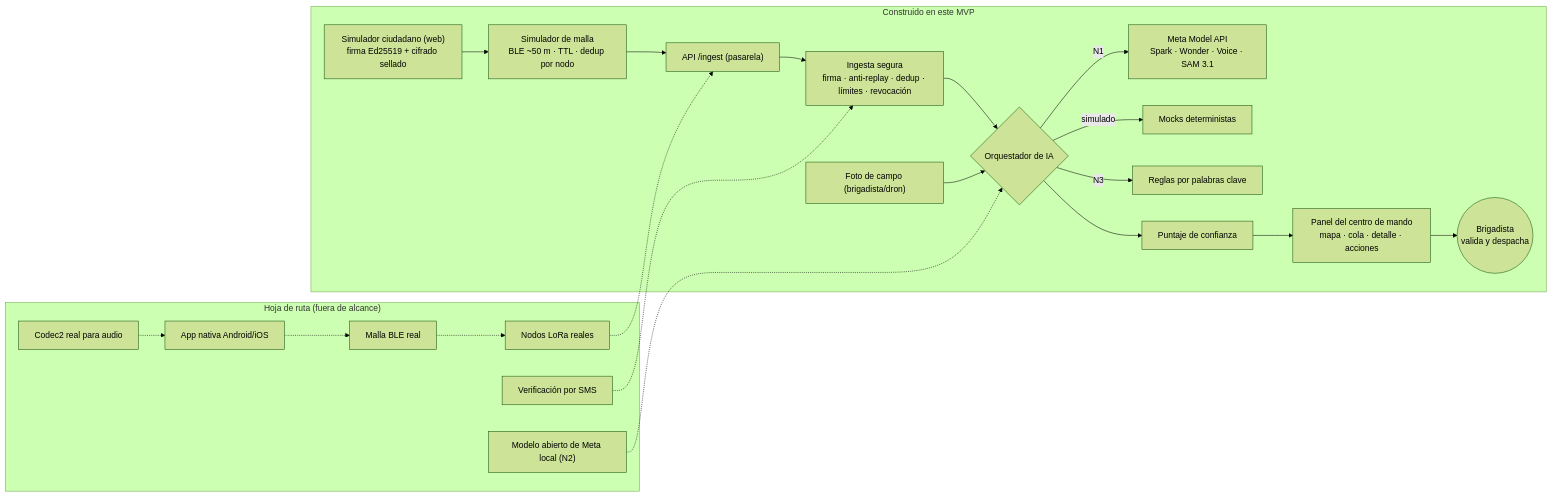
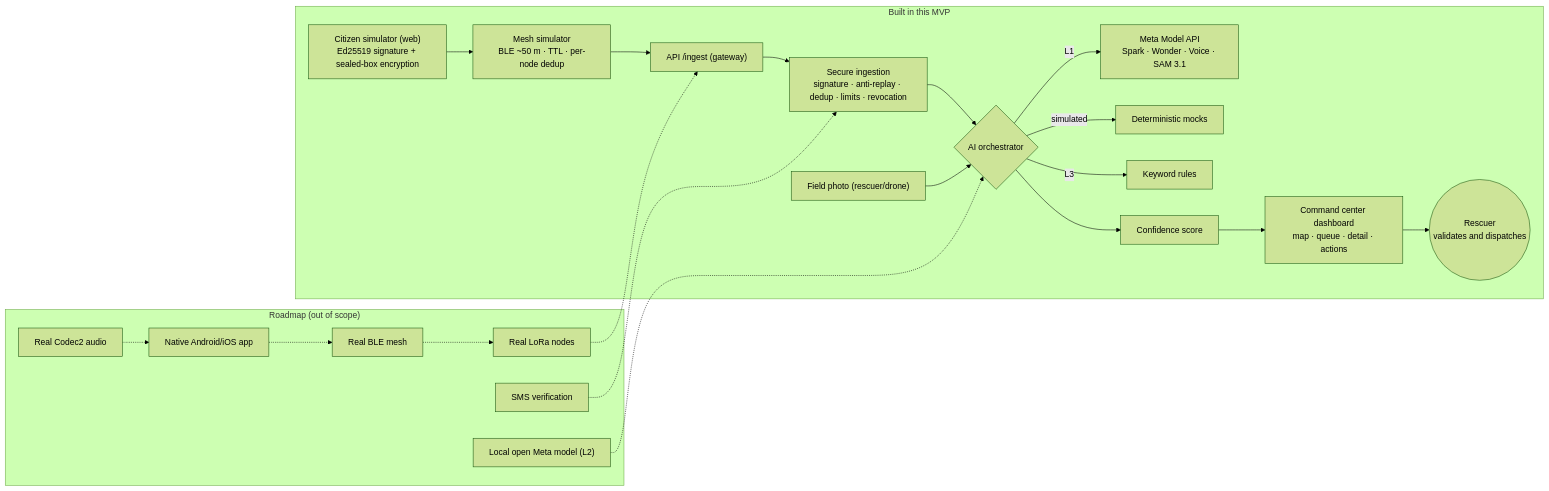
One commit to ngcddev/SOLARIS changed the diagram in README.md. Above: the diagram before and after it, drawn with Mermaid (forest theme). The commit also changed other lines of this file and 46 other files, not shown here.

Commit message:
chore: English everywhere (docs, UI, code strings, routes); rename routes to /command-center, /citizen, /mesh

````diff
--- a/README.md
+++ b/README.md
@@ -63,24 +63,24 @@
 ```mermaid
 flowchart LR
-  subgraph Construido["Construido en este MVP"]
-    SIM["Simulador ciudadano (web)\nfirma Ed25519 + cifrado sellado"] --> MESH
-    MESH["Simulador de malla\nBLE ~50 m · TTL · dedup por nodo"] --> GW["API /ingest (pasarela)"]
-    GW --> ING["Ingesta segura\nfirma · anti-replay · dedup · límites · revocación"]
-    ING --> AI{"Orquestador de IA"}
-    AI -->|N1| META["Meta Model API\nSpark · Wonder · Voice · SAM 3.1"]
-    AI -->|simulado| MOCK["Mocks deterministas"]
-    AI -->|N3| RULES["Reglas por palabras clave"]
-    AI --> TRUST["Puntaje de confianza"]
-    TRUST --> UI["Panel del centro de mando\nmapa · cola · detalle · acciones"]
-    UI --> HUMAN(("Brigadista\nvalida y despacha"))
-    PHOTO["Foto de campo (brigadista/dron)"] --> AI
+  subgraph Built["Built in this MVP"]
+    SIM["Citizen simulator (web)\nEd25519 signature + sealed-box encryption"] --> MESH
+    MESH["Mesh simulator\nBLE ~50 m · TTL · per-node dedup"] --> GW["API /ingest (gateway)"]
+    GW --> ING["Secure ingestion\nsignature · anti-replay · dedup · limits · revocation"]
+    ING --> AI{"AI orchestrator"}
+    AI -->|L1| META["Meta Model API\nSpark · Wonder · Voice · SAM 3.1"]
+    AI -->|simulated| MOCK["Deterministic mocks"]
+    AI -->|L3| RULES["Keyword rules"]
+    AI --> TRUST["Confidence score"]
+    TRUST --> UI["Command center dashboard\nmap · queue · detail · actions"]
+    UI --> HUMAN(("Rescuer\nvalidates and dispatches"))
+    PHOTO["Field photo (rescuer/drone)"] --> AI
   end
-  subgraph Roadmap["Hoja de ruta (fuera de alcance)"]
-    APP["App nativa Android/iOS"] -.-> BLE["Malla BLE real"]
-    BLE -.-> LORA["Nodos LoRa reales"]
+  subgraph Roadmap["Roadmap (out of scope)"]
+    APP["Native Android/iOS app"] -.-> BLE["Real BLE mesh"]
+    BLE -.-> LORA["Real LoRa nodes"]
     LORA -.-> GW
-    SMS["Verificación por SMS"] -.-> ING
-    N2["Modelo abierto de Meta local (N2)"] -.-> AI
-    C2["Codec2 real para audio"] -.-> APP
+    SMS["SMS verification"] -.-> ING
+    N2["Local open Meta model (L2)"] -.-> AI
+    C2["Real Codec2 audio"] -.-> APP
   end
 ```
````
